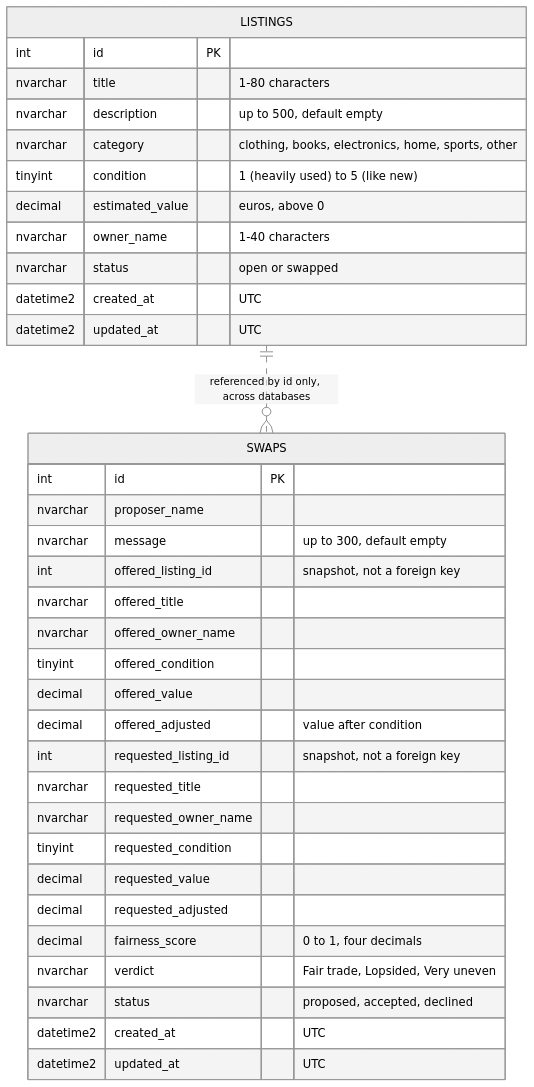
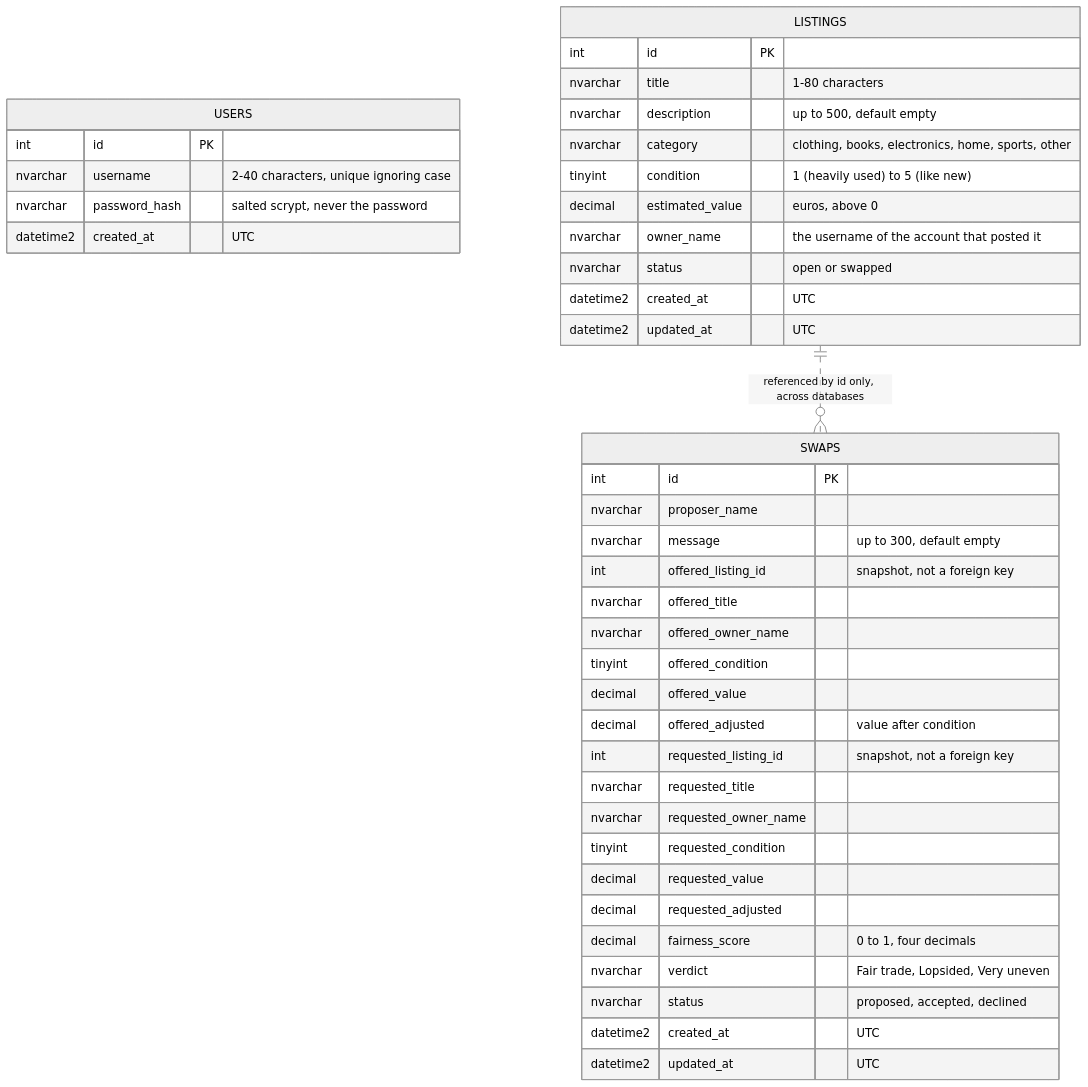
One commit to BlueSinkers/sdd-final-project changed the first of 2 diagrams in docs/data-model.md. Above: the diagram before and after it, drawn with Mermaid (neutral theme). The commit also changed 37 other files, not shown here.

````diff
--- a/docs/data-model.md
+++ b/docs/data-model.md
@@ -6,38 +6,44 @@
 ```mermaid
 erDiagram
+    USERS {
+        int id PK
+        nvarchar username "2-40 characters, unique ignoring case"
+        nvarchar password_hash "salted scrypt, never the password"
+        datetime2 created_at "UTC"
+    }
     LISTINGS {
         int id PK
         nvarchar title "1-80 characters"
         nvarchar description "up to 500, default empty"
         nvarchar category "clothing, books, electronics, home, sports, other"
         tinyint condition "1 (heavily used) to 5 (like new)"
         decimal estimated_value "euros, above 0"
-        nvarchar owner_name "1-40 characters"
+        nvarchar owner_name "the username of the account that posted it"
         nvarchar status "open or swapped"
         datetime2 created_at "UTC"
         datetime2 updated_at "UTC"
     }
     SWAPS {
         int id PK
         nvarchar proposer_name
         nvarchar message "up to 300, default empty"
         int offered_listing_id "snapshot, not a foreign key"
         nvarchar offered_title
         nvarchar offered_owner_name
         tinyint offered_condition
         decimal offered_value
         decimal offered_adjusted "value after condition"
         int requested_listing_id "snapshot, not a foreign key"
         nvarchar requested_title
         nvarchar requested_owner_name
         tinyint requested_condition
         decimal requested_value
         decimal requested_adjusted
         decimal fairness_score "0 to 1, four decimals"
         nvarchar verdict "Fair trade, Lopsided, Very uneven"
         nvarchar status "proposed, accepted, declined"
         datetime2 created_at "UTC"
         datetime2 updated_at "UTC"
     }
     LISTINGS ||..o{ SWAPS : "referenced by id only, across databases"
 ```
````
